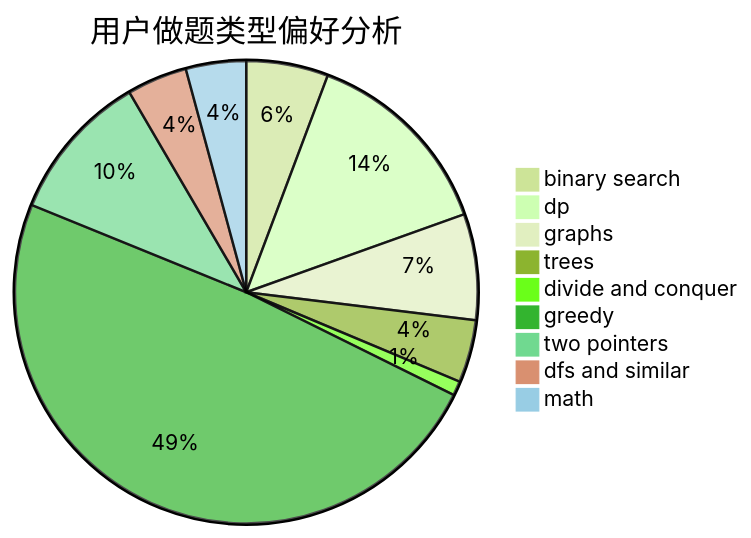
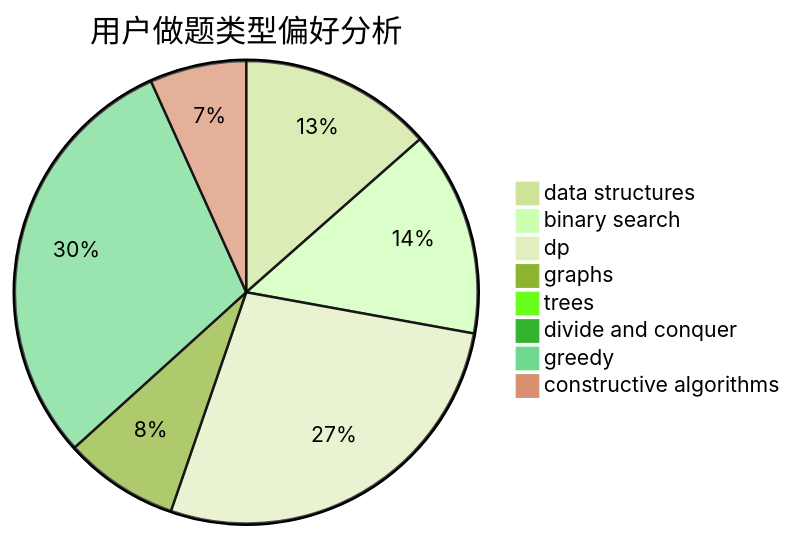
One commit to sherpahu/cfrs.github.io changed the second of 3 diagrams in docs/user/u2719.md. Above: the diagram before and after it, drawn with Mermaid (forest theme). The commit also changed other lines of this file and 2775 other files, not shown here.

````diff
--- a/docs/user/u2719.md
+++ b/docs/user/u2719.md
@@ -23,12 +23,11 @@
 ```mermaid
 pie title 用户做题类型偏好分析
+    "data structures" :  32
     "binary search" :  34
-    "dp" :  82
-    "graphs" :  44
-    "trees" :  26
-    "divide and conquer" :  6
-    "greedy" :  290
-    "two pointers" :  62
-    "dfs and similar" :  25
-    "math" :  25
+    "dp" :  65
+    "graphs" :  19
+    "trees" :  1
+    "divide and conquer" :  0
+    "greedy" :  71
+    "constructive algorithms" :  16
 ```
````
